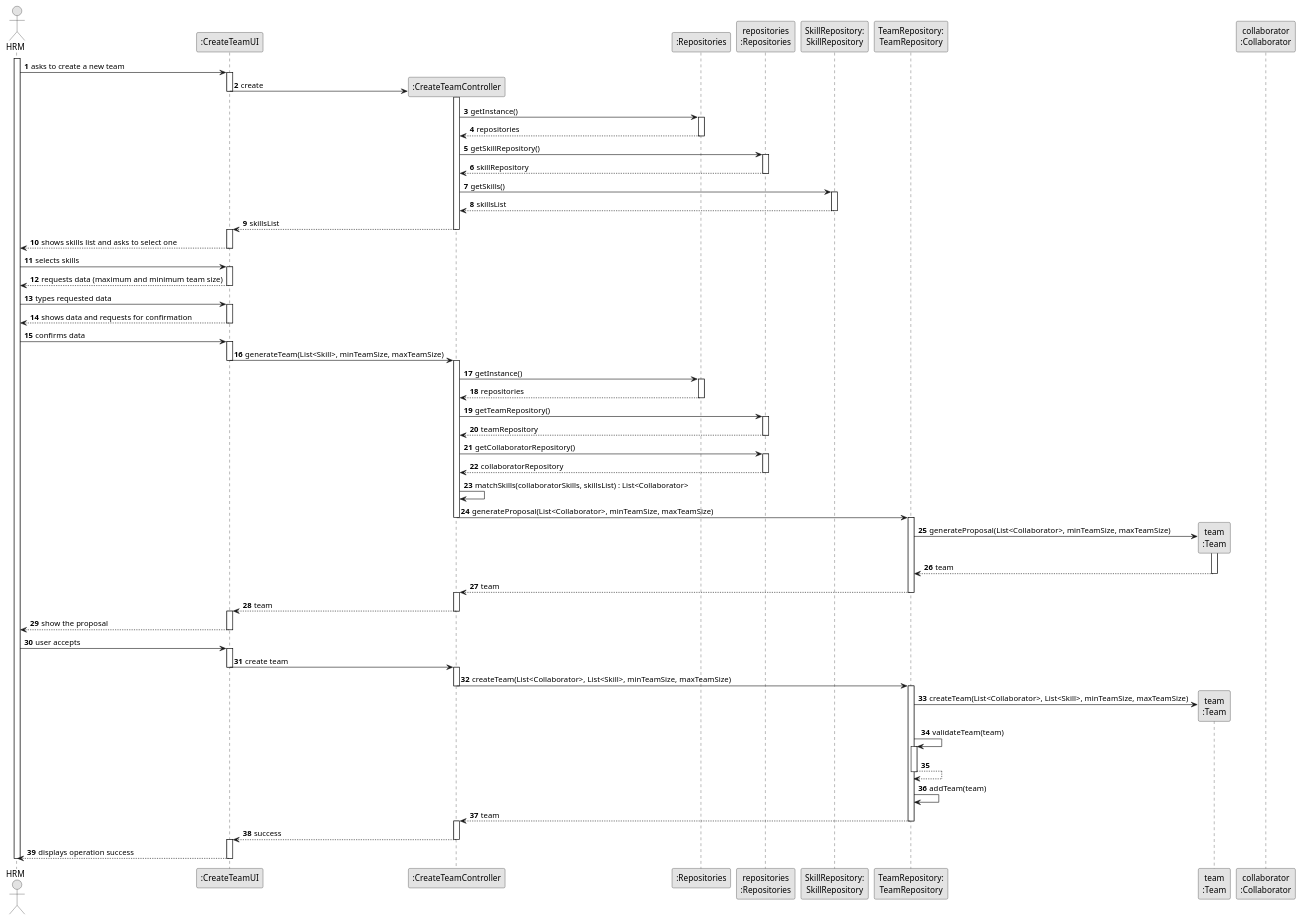
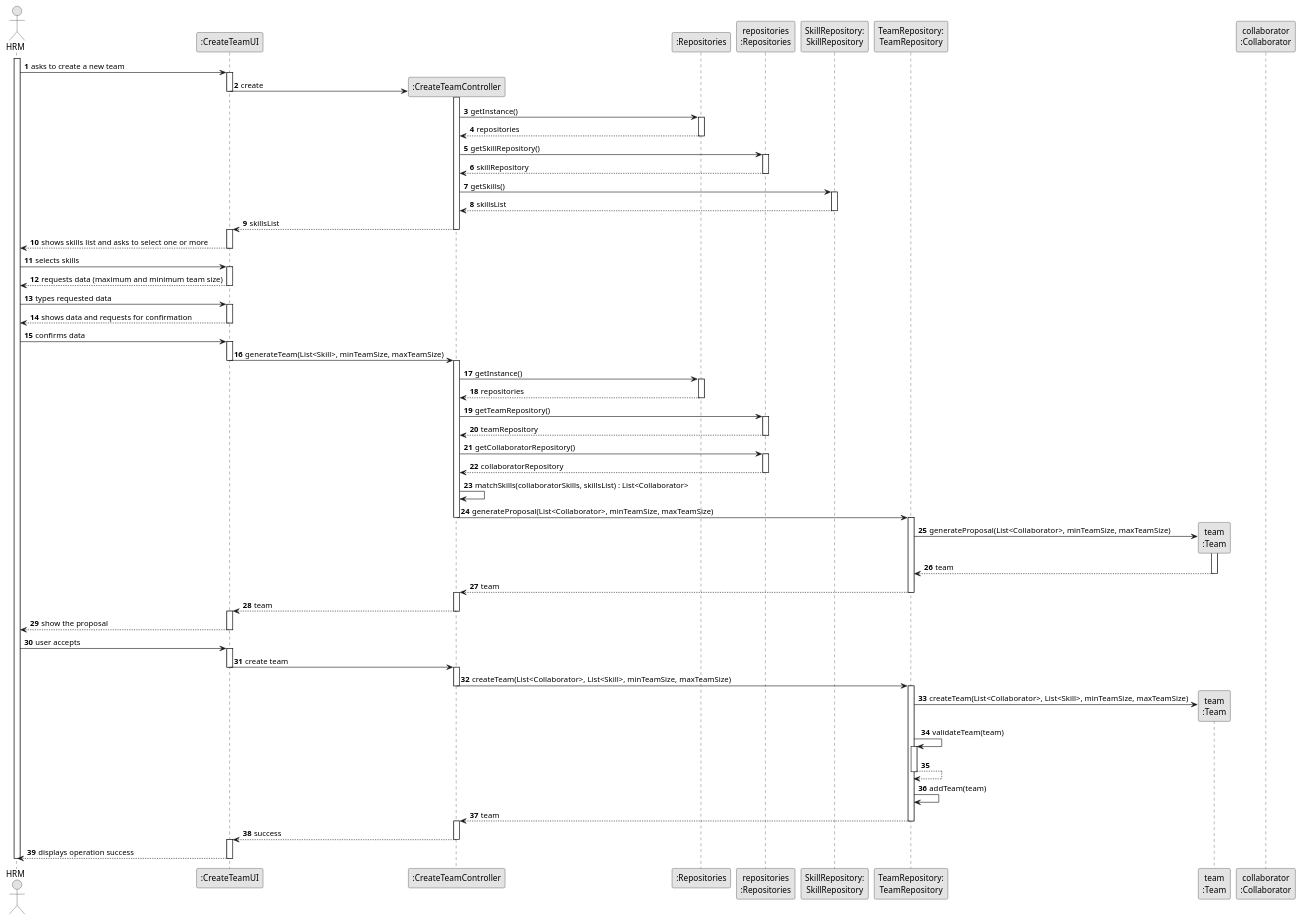
One commit to ricardomm7/leaflink changed the diagram in docs/sprintB/us005/03.design/puml/us005-sequence-diagram-full.puml. Above: the diagram before and after it, drawn with PlantUML. The commit also changed 25 other files, not shown here.

```diff
--- a/docs/sprintB/us005/03.design/puml/us005-sequence-diagram-full.puml
+++ b/docs/sprintB/us005/03.design/puml/us005-sequence-diagram-full.puml
@@ -1,150 +1,150 @@
 @startuml
 skinparam monochrome true
 skinparam packageStyle rectangle
 skinparam shadowing false
 
 autonumber
 
 'hide footbox
 actor "HRM" as ADM
 participant ":CreateTeamUI" as UI
 participant ":CreateTeamController" as CTRL
 participant ":Repositories" as RepositorySingleton
 participant "repositories\n:Repositories" as PLAT
 participant "SkillRepository:\nSkillRepository" as SkillRepository
 participant "TeamRepository:\nTeamRepository" as TeamRepository
 participant "team\n:Team" as Team
 participant "collaborator\n:Collaborator" as Collaborator
 
 activate ADM
 
     ADM -> UI : asks to create a new team
     activate UI
 
         UI -> CTRL** : create
         deactivate UI
         activate CTRL
 
             CTRL -> RepositorySingleton : getInstance()
             activate RepositorySingleton
 
                 RepositorySingleton --> CTRL: repositories
             deactivate RepositorySingleton
 
             CTRL -> PLAT : getSkillRepository()
             activate PLAT
 
                 PLAT --> CTRL: skillRepository
             deactivate PLAT
 
             CTRL -> SkillRepository : getSkills()
             activate SkillRepository
 
                 SkillRepository --> CTRL : skillsList
             deactivate SkillRepository
 
             CTRL --> UI : skillsList
             deactivate CTRL
 
         activate UI
 
-        UI --> ADM : shows skills list and asks to select one
+        UI --> ADM : shows skills list and asks to select one or more
         deactivate UI
 
     ADM -> UI : selects skills
     activate UI
 
     UI --> ADM : requests data (maximum and minimum team size)
     deactivate UI
 
 ADM -> UI : types requested data
 activate UI
 
     UI --> ADM : shows data and requests for confirmation
     deactivate UI
 
 ADM -> UI : confirms data
 activate UI
 
 UI -> CTRL : generateTeam(List<Skill>, minTeamSize, maxTeamSize)
 deactivate UI
 activate CTRL
 
     CTRL -> RepositorySingleton : getInstance()
     activate RepositorySingleton
 
         RepositorySingleton --> CTRL: repositories
     deactivate RepositorySingleton
 
     CTRL -> PLAT : getTeamRepository()
     activate PLAT
 
         PLAT --> CTRL: teamRepository
     deactivate PLAT
 
     CTRL -> PLAT : getCollaboratorRepository()
     activate PLAT
 
         PLAT --> CTRL: collaboratorRepository
     deactivate PLAT
 
 
     CTRL -> CTRL : matchSkills(collaboratorSkills, skillsList) : List<Collaborator>
 
     CTRL -> TeamRepository : generateProposal(List<Collaborator>, minTeamSize, maxTeamSize)
 deactivate CTRL
     activate TeamRepository
 
         TeamRepository -> Team**: generateProposal(List<Collaborator>, minTeamSize, maxTeamSize)
 activate Team
 Team -->TeamRepository : team
 deactivate Team
 TeamRepository --> CTRL : team
     deactivate TeamRepository
     activate CTRL
     CTRL --> UI : team
     deactivate CTRL
     activate UI
 
 
 
 
 
 UI --> ADM: show the proposal
 deactivate UI
 
 ADM -> UI: user accepts
 activate UI
 
     UI -> CTRL : create team
     deactivate UI
     activate CTRL
 
             CTRL -> TeamRepository: createTeam(List<Collaborator>, List<Skill>, minTeamSize, maxTeamSize)
             deactivate CTRL
             activate TeamRepository
 
             TeamRepository -> Team**: createTeam(List<Collaborator>, List<Skill>, minTeamSize, maxTeamSize)
 
                 TeamRepository -> TeamRepository: validateTeam(team)
             activate TeamRepository
 
                 TeamRepository --> TeamRepository
             deactivate TeamRepository
 
             TeamRepository -> TeamRepository: addTeam(team)
 
             TeamRepository --> CTRL: team
         deactivate TeamRepository
         activate CTRL
 
         CTRL --> UI : success
         deactivate CTRL
         activate UI
 
         UI --> ADM: displays operation success
 deactivate UI
 
 deactivate ADM
 
 @enduml
```
